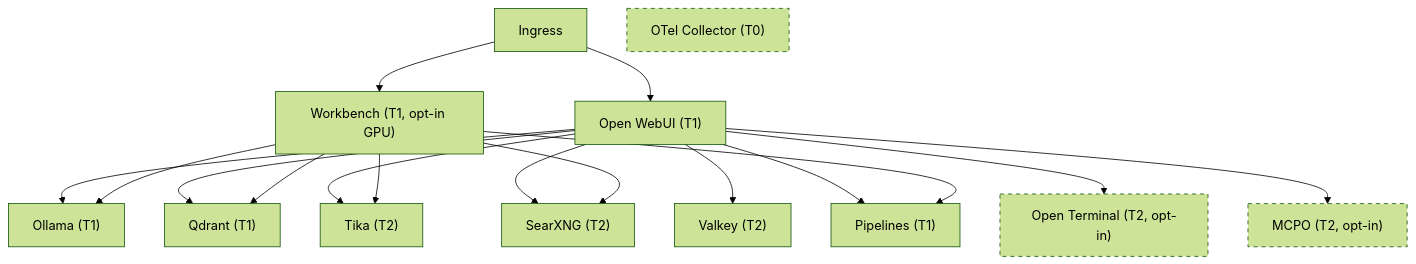
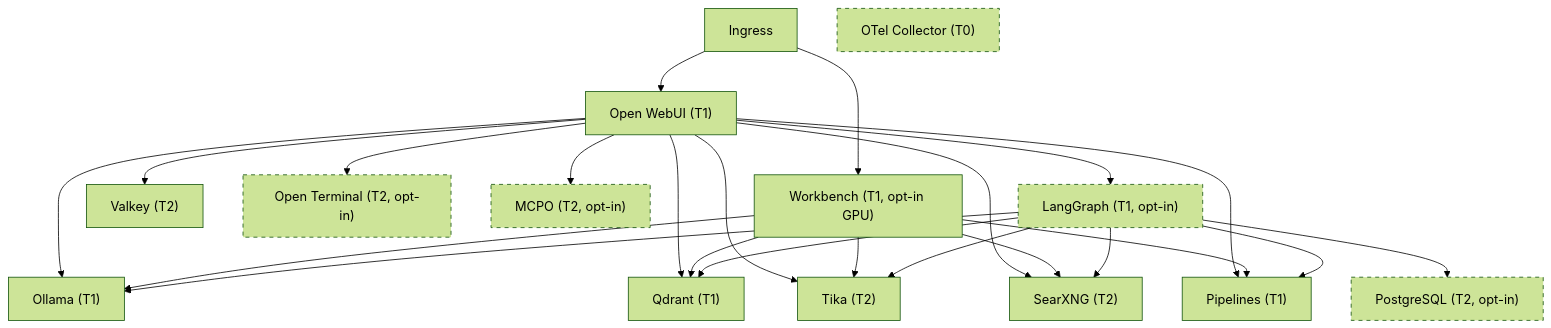
One commit to rmednitzer/ai-stack changed the diagram in README.md. Above: the diagram before and after it, drawn with Mermaid (forest theme). The commit also changed other lines of this file and 12 other files, not shown here.

First line of the commit message:
Add LangGraph agentic runtime and PostgreSQL checkpoint store

````diff
--- a/README.md
+++ b/README.md
@@ -11,27 +11,37 @@
 ```mermaid
 graph TD
   Ingress --> OpenWebUI["Open WebUI (T1)"]
   Ingress --> Workbench["Workbench (T1, opt-in GPU)"]
 
   OpenWebUI --> Ollama["Ollama (T1)"]
   OpenWebUI --> Qdrant["Qdrant (T1)"]
   OpenWebUI --> Tika["Tika (T2)"]
   OpenWebUI --> SearXNG["SearXNG (T2)"]
   OpenWebUI --> Valkey["Valkey (T2)"]
   OpenWebUI --> Pipelines["Pipelines (T1)"]
 
   Workbench --> Ollama
   Workbench --> Qdrant
   Workbench --> Pipelines
   Workbench --> Tika
   Workbench --> SearXNG
 
   OpenWebUI --> OpenTerminal["Open Terminal (T2, opt-in)"]
   OpenWebUI --> MCPO["MCPO (T2, opt-in)"]
+  OpenWebUI --> LangGraph["LangGraph (T1, opt-in)"]
+
+  LangGraph --> Ollama
+  LangGraph --> Qdrant
+  LangGraph --> Tika
+  LangGraph --> SearXNG
+  LangGraph --> Pipelines
+  LangGraph --> Postgres["PostgreSQL (T2, opt-in)"]
 
   OTel["OTel Collector (T0)"]
 
   style OTel stroke-dasharray: 5 5
   style OpenTerminal stroke-dasharray: 5 5
   style MCPO stroke-dasharray: 5 5
+  style LangGraph stroke-dasharray: 5 5
+  style Postgres stroke-dasharray: 5 5
 ```
````
